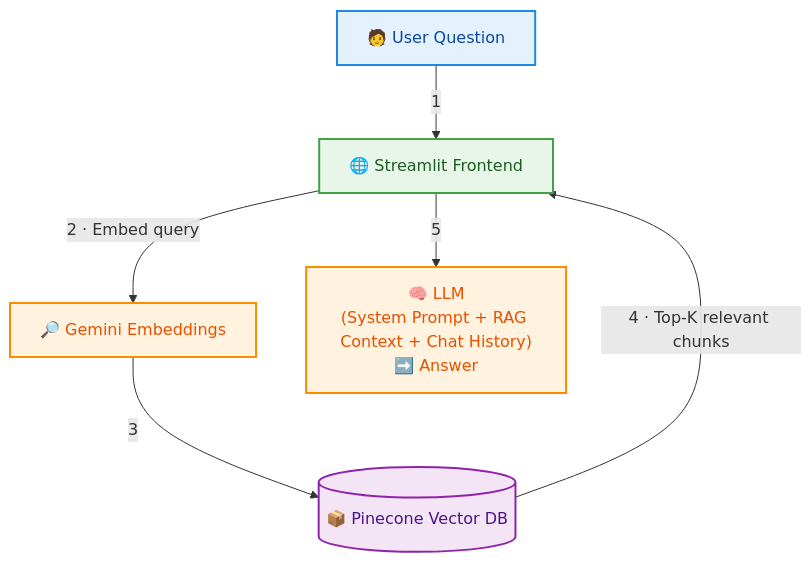
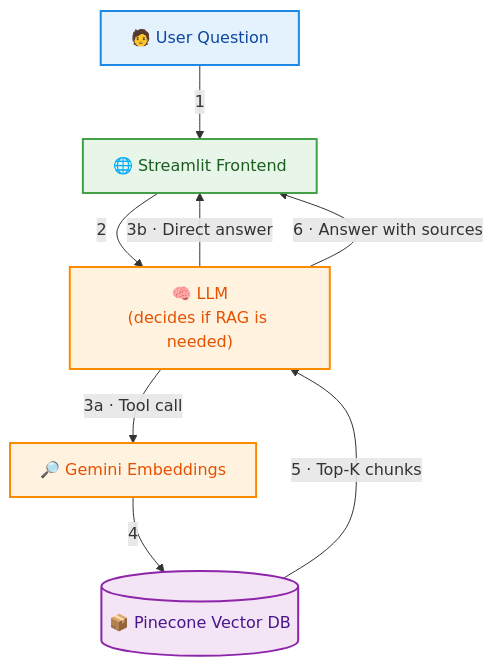
The diagram in README.md (antodiazcano/RAG-computer-vision-ii), drawn with Mermaid before and after one commit.

Commit message:
modified mermaid diagram

````diff
--- a/README.md
+++ b/README.md
@@ -25,22 +25,24 @@
 ```mermaid
 flowchart TD
     %% Styles
     classDef user fill:#E3F2FD,stroke:#1E88E5,stroke-width:2px,color:#0D47A1;
     classDef frontend fill:#E8F5E9,stroke:#43A047,stroke-width:2px,color:#1B5E20;
     classDef model fill:#FFF3E0,stroke:#FB8C00,stroke-width:2px,color:#E65100;
     classDef db fill:#F3E5F5,stroke:#8E24AA,stroke-width:2px,color:#4A148C;
 
     %% Nodes
     A["🧑 User Question"]:::user
     B["🌐 Streamlit Frontend"]:::frontend
+    E["🧠 LLM<br>(decides if RAG is needed)"]:::model
     C["🔎 Gemini Embeddings"]:::model
     D[("📦 Pinecone Vector DB")]:::db
-    E["🧠 LLM<br>(System Prompt + RAG Context + Chat History)<br>➡️ Answer"]:::model
 
     %% Flow
     A -->|"1"| B
-    B -->|"2 · Embed query"| C
-    C -->|"3"| D
-    D -->|"4 · Top-K relevant chunks"| B
-    B -->|"5"| E
+    B -->|"2"| E
+    E -->|"3a · Tool call"| C
+    C -->|"4"| D
+    D -->|"5 · Top-K chunks"| E
+    E -->|"3b · Direct answer"| B
+    E -->|"6 · Answer with sources"| B
 ```
````
